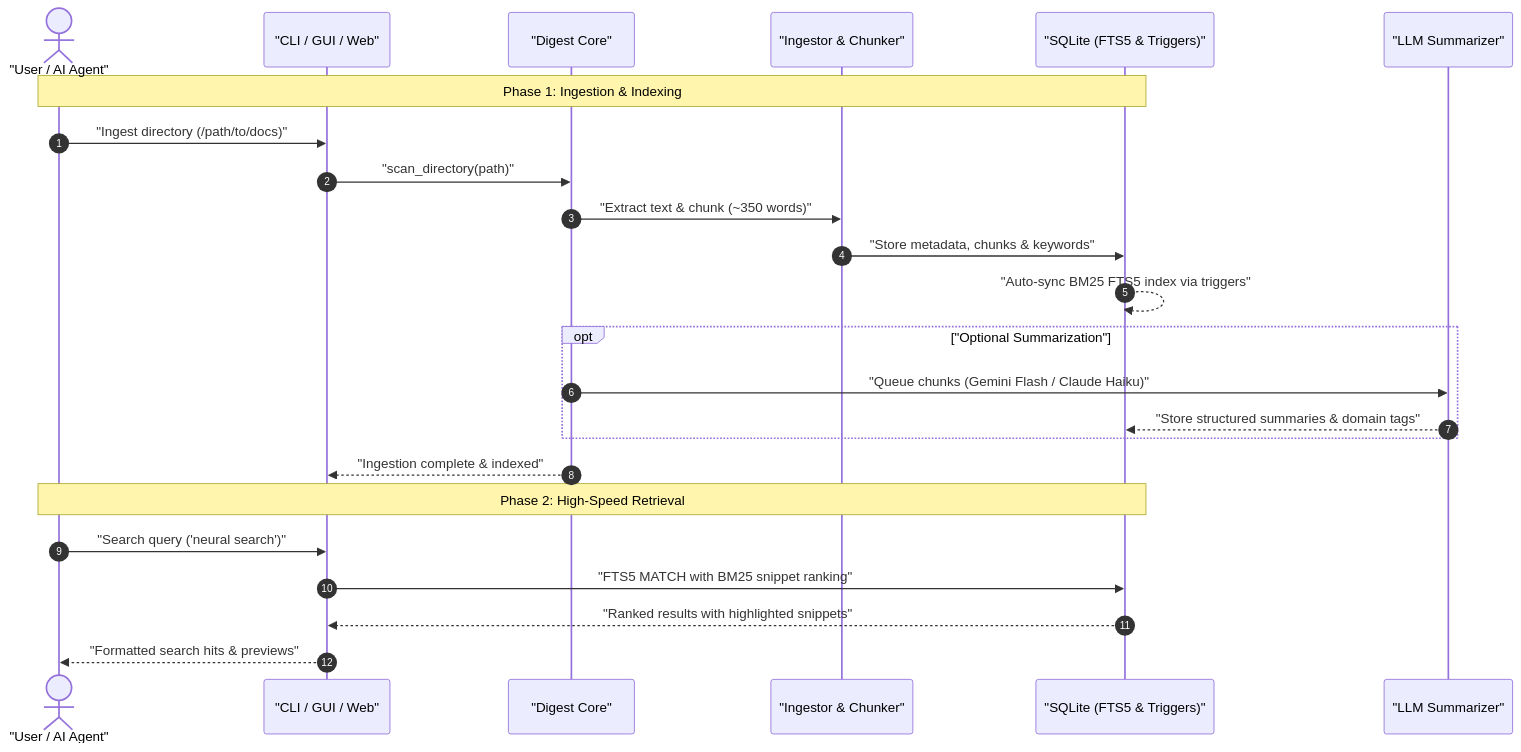
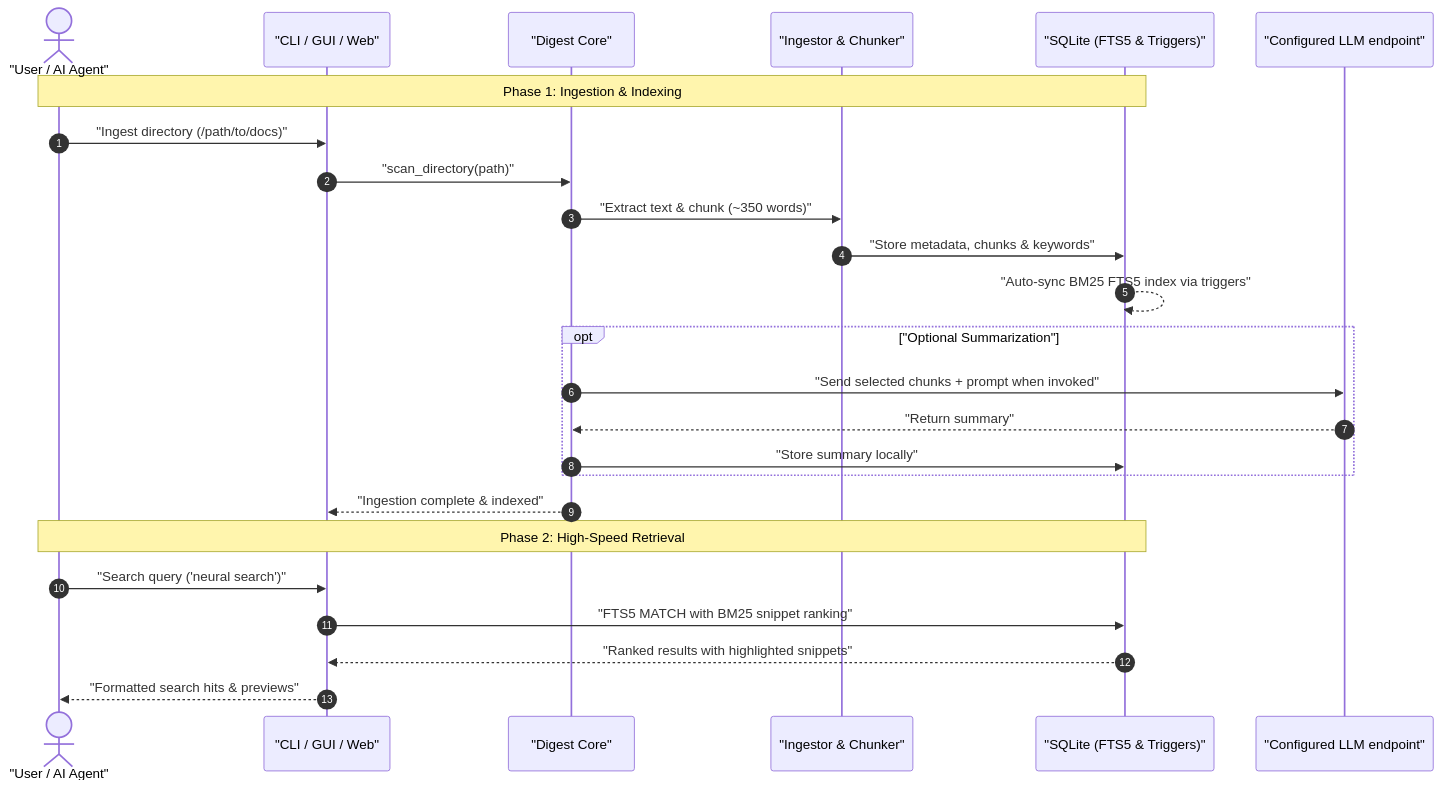
One commit to file-bricks/KnowledgeDigest changed the diagram in ARCHITECTURE.md. Above: the diagram before and after it, drawn with Mermaid. The commit also changed other lines of this file and 15 other files, not shown here.

````diff
--- a/ARCHITECTURE.md
+++ b/ARCHITECTURE.md
@@ -83,28 +80,29 @@
 ```mermaid
 sequenceDiagram
     autonumber
     actor User as "User / AI Agent"
     participant CLI as "CLI / GUI / Web"
     participant Core as "Digest Core"
     participant Ingest as "Ingestor & Chunker"
     participant DB as "SQLite (FTS5 & Triggers)"
-    participant LLM as "LLM Summarizer"
+    participant LLM as "Configured LLM endpoint"
 
     Note over User,DB: Phase 1: Ingestion & Indexing
     User->>CLI: "Ingest directory (/path/to/docs)"
     CLI->>Core: "scan_directory(path)"
     Core->>Ingest: "Extract text & chunk (~350 words)"
     Ingest->>DB: "Store metadata, chunks & keywords"
     DB-->>DB: "Auto-sync BM25 FTS5 index via triggers"
     opt "Optional Summarization"
-        Core->>LLM: "Queue chunks (Gemini Flash / Claude Haiku)"
-        LLM-->>DB: "Store structured summaries & domain tags"
+        Core->>LLM: "Send selected chunks + prompt when invoked"
+        LLM-->>Core: "Return summary"
+        Core->>DB: "Store summary locally"
     end
     Core-->>CLI: "Ingestion complete & indexed"
 
     Note over User,DB: Phase 2: High-Speed Retrieval
     User->>CLI: "Search query ('neural search')"
     CLI->>DB: "FTS5 MATCH with BM25 snippet ranking"
     DB-->>CLI: "Ranked results with highlighted snippets"
     CLI-->>User: "Formatted search hits & previews"
 ```
````
